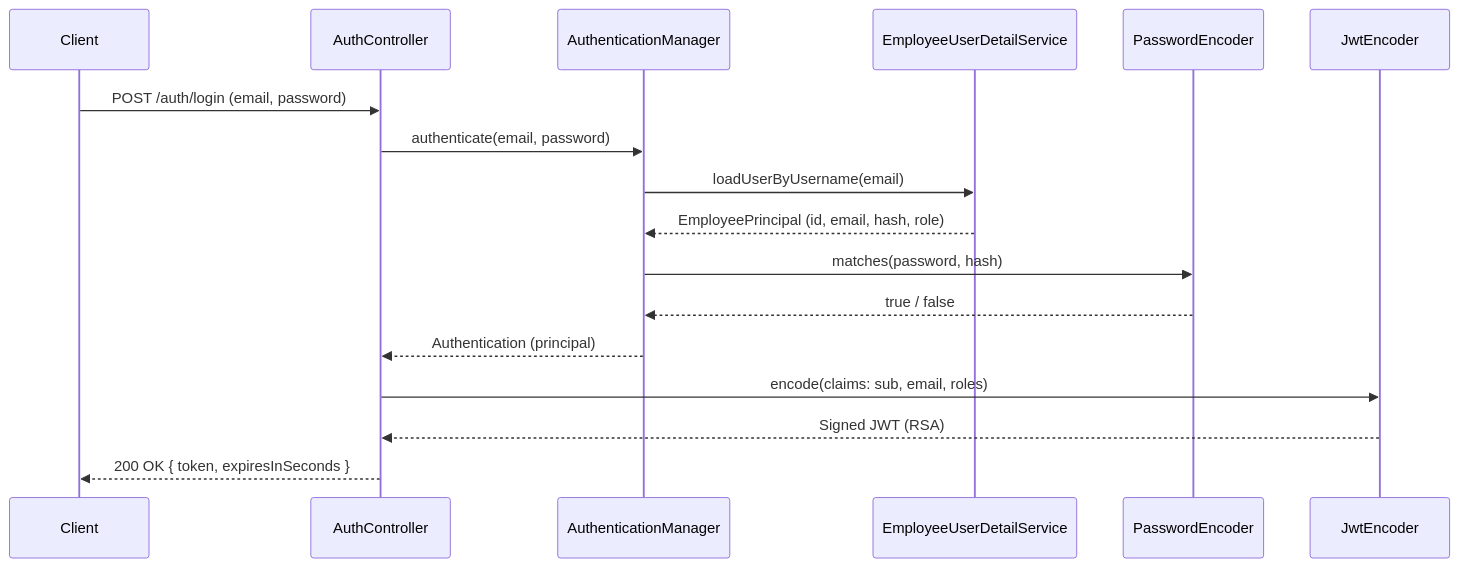
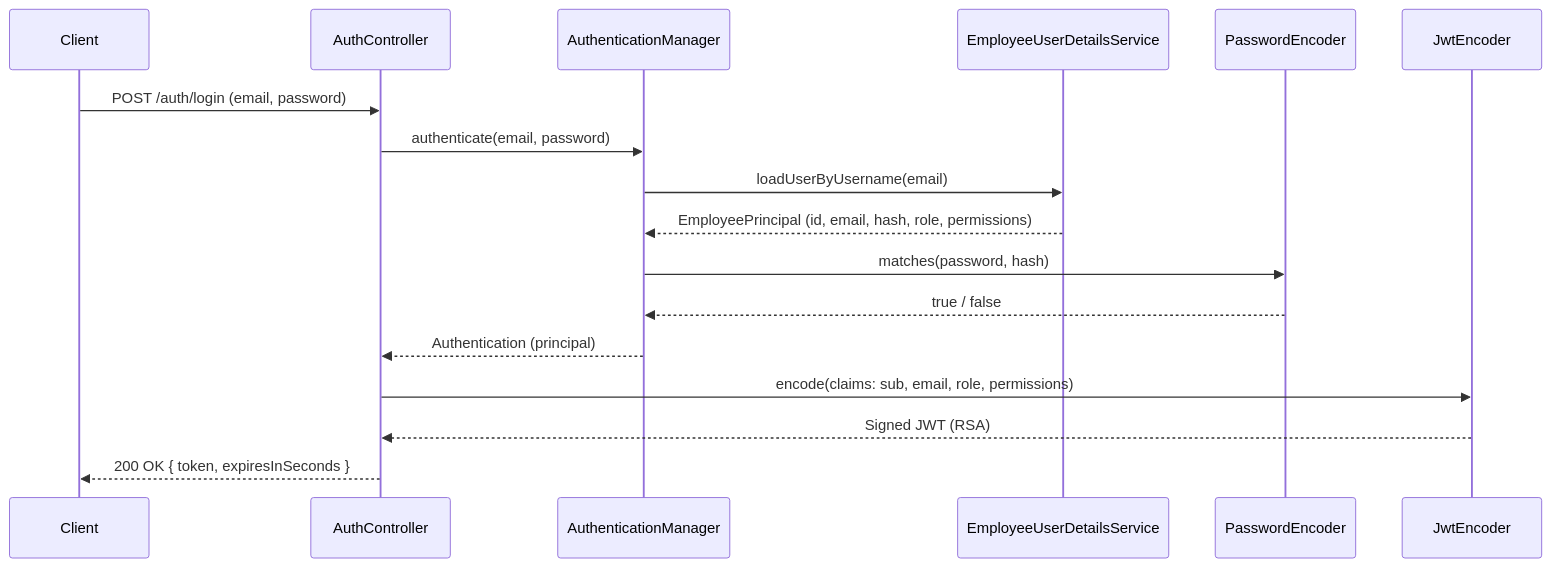
Before and after one commit to fabianoic/roster: the fourth of 4 diagrams in README.md, drawn with Mermaid. The commit also changed other lines of this file, not shown here.

````diff
--- a/README.md
+++ b/README.md
@@ -148,20 +172,20 @@
 ```mermaid
 sequenceDiagram
     participant C as Client
     participant AC as AuthController
     participant AM as AuthenticationManager
-    participant UDS as EmployeeUserDetailService
+    participant UDS as EmployeeUserDetailsService
     participant PE as PasswordEncoder
     participant JE as JwtEncoder
 
     C->>AC: POST /auth/login (email, password)
     AC->>AM: authenticate(email, password)
     AM->>UDS: loadUserByUsername(email)
-    UDS-->>AM: EmployeePrincipal (id, email, hash, role)
+    UDS-->>AM: EmployeePrincipal (id, email, hash, role, permissions)
     AM->>PE: matches(password, hash)
     PE-->>AM: true / false
     AM-->>AC: Authentication (principal)
-    AC->>JE: encode(claims: sub, email, roles)
+    AC->>JE: encode(claims: sub, email, role, permissions)
     JE-->>AC: Signed JWT (RSA)
     AC-->>C: 200 OK { token, expiresInSeconds }
 ```
````
